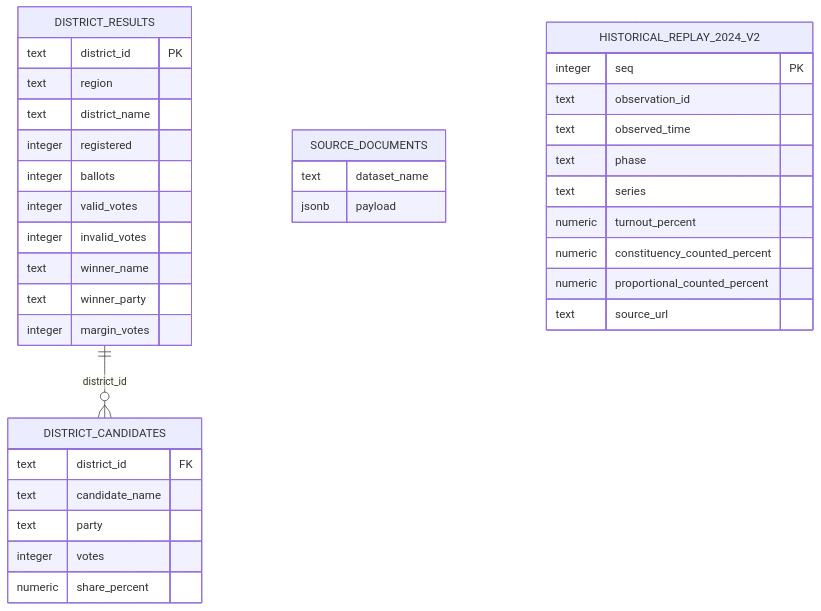
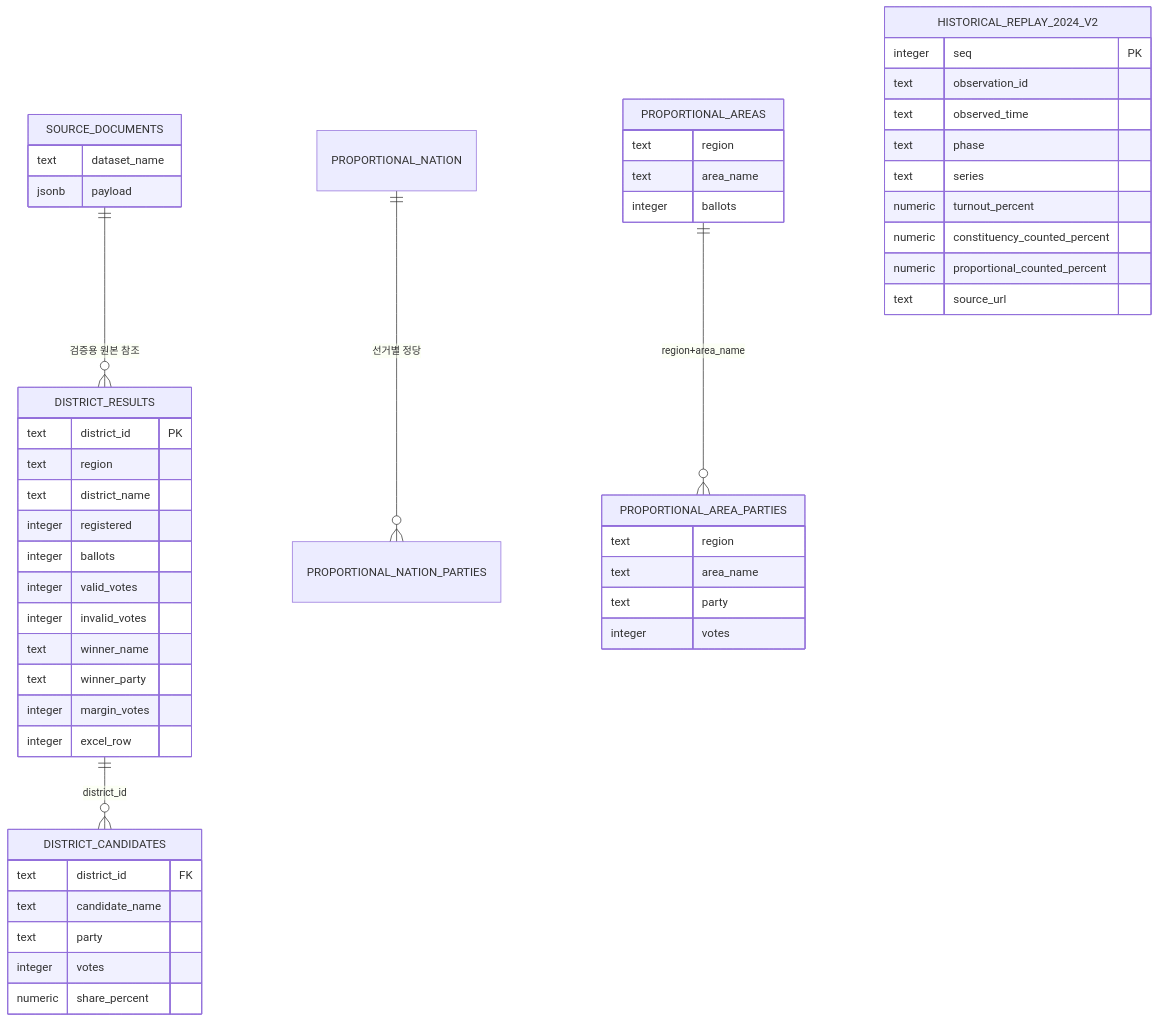
The diagram in PROJECT1_ELECTION_RAG_INTEGRATED_V1/docs/V5_ERD_데이터사전_20261124.md (vote2024kr/election2024-newsroom), drawn with Mermaid before and after one commit. The commit also changed other lines of this file and 20 other files, not shown here.

Commit message:
docs(v5): finalize 2024 election dashboard deliverables, architecture, UI, API, QA and README

````diff
--- a/PROJECT1_ELECTION_RAG_INTEGRATED_V1/docs/V5_ERD_데이터사전_20261124.md
+++ b/PROJECT1_ELECTION_RAG_INTEGRATED_V1/docs/V5_ERD_데이터사전_20261124.md
@@ -6,38 +6,53 @@
-```mermaid
+~~~mermaid
 erDiagram
-    DISTRICT_RESULTS ||--o{ DISTRICT_CANDIDATES : district_id
-    DISTRICT_RESULTS {
-      text district_id PK
-      text region
-      text district_name
-      integer registered
-      integer ballots
-      integer valid_votes
-      integer invalid_votes
-      text winner_name
-      text winner_party
-      integer margin_votes
-    }
-    DISTRICT_CANDIDATES {
-      text district_id FK
-      text candidate_name
-      text party
-      integer votes
-      numeric share_percent
-    }
-    SOURCE_DOCUMENTS {
-      text dataset_name
-      jsonb payload
-    }
-    HISTORICAL_REPLAY_2024_V2 {
-      integer seq PK
-      text observation_id
-      text observed_time
-      text phase
-      text series
-      numeric turnout_percent
-      numeric constituency_counted_percent
-      numeric proportional_counted_percent
-      text source_url
-    }
-```
+ DISTRICT_RESULTS ||--o{ DISTRICT_CANDIDATES : "district_id"
+ PROPORTIONAL_NATION ||--o{ PROPORTIONAL_NATION_PARTIES : "선거별 정당"
+ PROPORTIONAL_AREAS ||--o{ PROPORTIONAL_AREA_PARTIES : "region+area_name"
+ SOURCE_DOCUMENTS ||--o{ DISTRICT_RESULTS : "검증용 원본 참조"
+ DISTRICT_RESULTS {
+   text district_id PK
+   text region
+   text district_name
+   integer registered
+   integer ballots
+   integer valid_votes
+   integer invalid_votes
+   text winner_name
+   text winner_party
+   integer margin_votes
+   integer excel_row
+ }
+ DISTRICT_CANDIDATES {
+   text district_id FK
+   text candidate_name
+   text party
+   integer votes
+   numeric share_percent
+ }
+ PROPORTIONAL_AREAS {
+   text region
+   text area_name
+   integer ballots
+ }
+ PROPORTIONAL_AREA_PARTIES {
+   text region
+   text area_name
+   text party
+   integer votes
+ }
+ SOURCE_DOCUMENTS {
+   text dataset_name
+   jsonb payload
+ }
+ HISTORICAL_REPLAY_2024_V2 {
+   integer seq PK
+   text observation_id
+   text observed_time
+   text phase
+   text series
+   numeric turnout_percent
+   numeric constituency_counted_percent
+   numeric proportional_counted_percent
+   text source_url
+ }
+~~~
````
